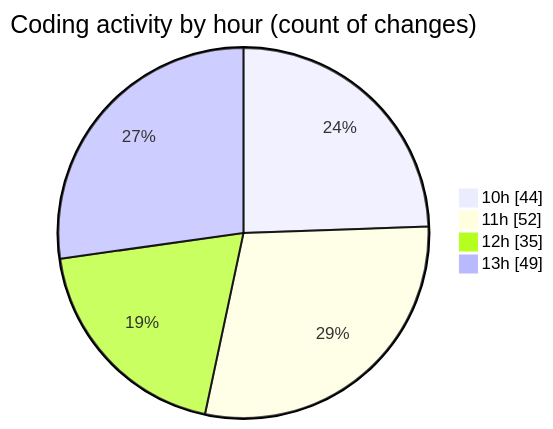
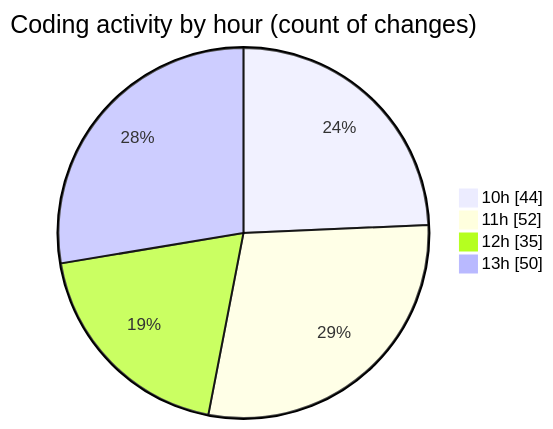
The second of 2 diagrams in 2025-08-28/cda/README.md (momahboobian/code-tracking), drawn with Mermaid before and after one commit. The commit also changed other lines of this file and 1 other file, not shown here.

````diff
--- a/2025-08-28/cda/README.md
+++ b/2025-08-28/cda/README.md
@@ -35,8 +35,8 @@
 ```mermaid
 pie showData
 title Coding activity by hour (count of changes)
 "10h" : 44
 "11h" : 52
 "12h" : 35
-"13h" : 49
+"13h" : 50
 ```
````
